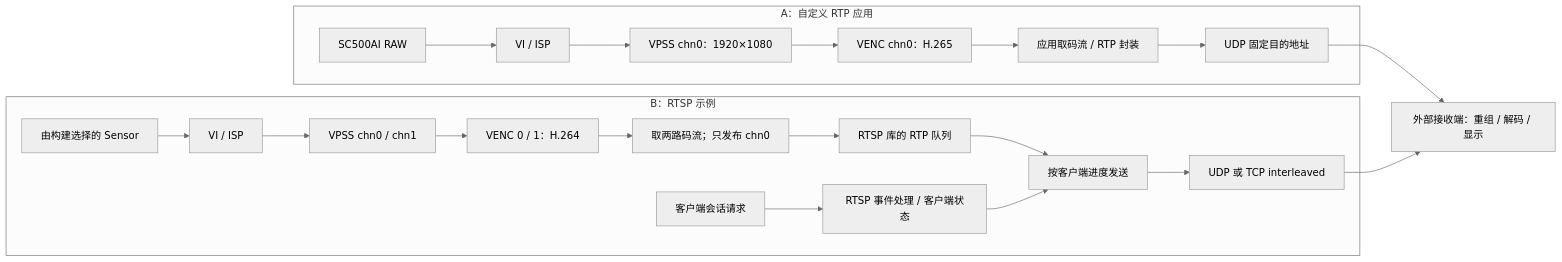
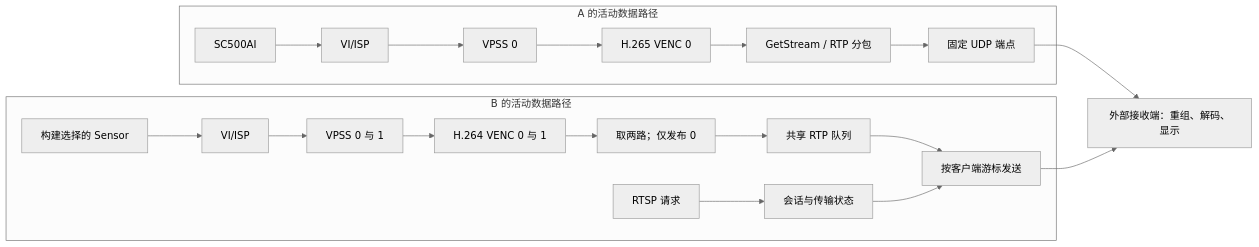
Before and after one commit to Bamboo-tt/Hi3516_Data_Transmission: the third of 3 diagrams in docs/Hi3516CV610_项目学习/01_项目总览与三条流程.md, drawn with Mermaid (neutral theme). The commit also changed other lines of this file and 23 other files, not shown here.

Commit message:
docs: refine Hi3516 learning guide and architecture analysis

````diff
--- a/docs/Hi3516CV610_项目学习/01_项目总览与三条流程.md
+++ b/docs/Hi3516CV610_项目学习/01_项目总览与三条流程.md
@@ -90,23 +91,14 @@
-~~~mermaid
+```mermaid
 flowchart LR
-    subgraph A["A：自定义 RTP 应用"]
-        SA["SC500AI RAW"] --> IA["VI / ISP"]
-        IA --> PA["VPSS chn0：1920×1080"]
-        PA --> EA["VENC chn0：H.265"]
-        EA --> GA["应用取码流 / RTP 封装"]
-        GA --> UA["UDP 固定目的地址"]
+    subgraph A["A 的活动数据路径"]
+        SA["SC500AI"] --> IA["VI/ISP"] --> PA["VPSS 0"] --> EA["H.265 VENC 0"]
+        EA --> GA["GetStream / RTP 分包"] --> UA["固定 UDP 端点"]
     end
-    subgraph B["B：RTSP 示例"]
-        SB["由构建选择的 Sensor"] --> IB["VI / ISP"]
-        IB --> PB["VPSS chn0 / chn1"]
-        PB --> EB["VENC 0 / 1：H.264"]
-        EB --> GB["取两路码流；只发布 chn0"]
-        GB --> QB["RTSP 库的 RTP 队列"]
-        Req["客户端会话请求"] --> State["RTSP 事件处理 / 客户端状态"]
-        QB --> Send["按客户端进度发送"]
-        State --> Send
-        Send --> NB["UDP 或 TCP interleaved"]
+    subgraph B["B 的活动数据路径"]
+        SB["构建选择的 Sensor"] --> IB["VI/ISP"] --> PB["VPSS 0 与 1"] --> EB["H.264 VENC 0 与 1"]
+        EB --> GB["取两路；仅发布 0"] --> QB["共享 RTP 队列"] --> NB["按客户端游标发送"]
+        REQ["RTSP 请求"] --> State["会话与传输状态"] --> NB
     end
-    UA --> RX["外部接收端：重组 / 解码 / 显示"]
+    UA --> RX["外部接收端：重组、解码、显示"]
     NB --> RX
-~~~
+```
````
